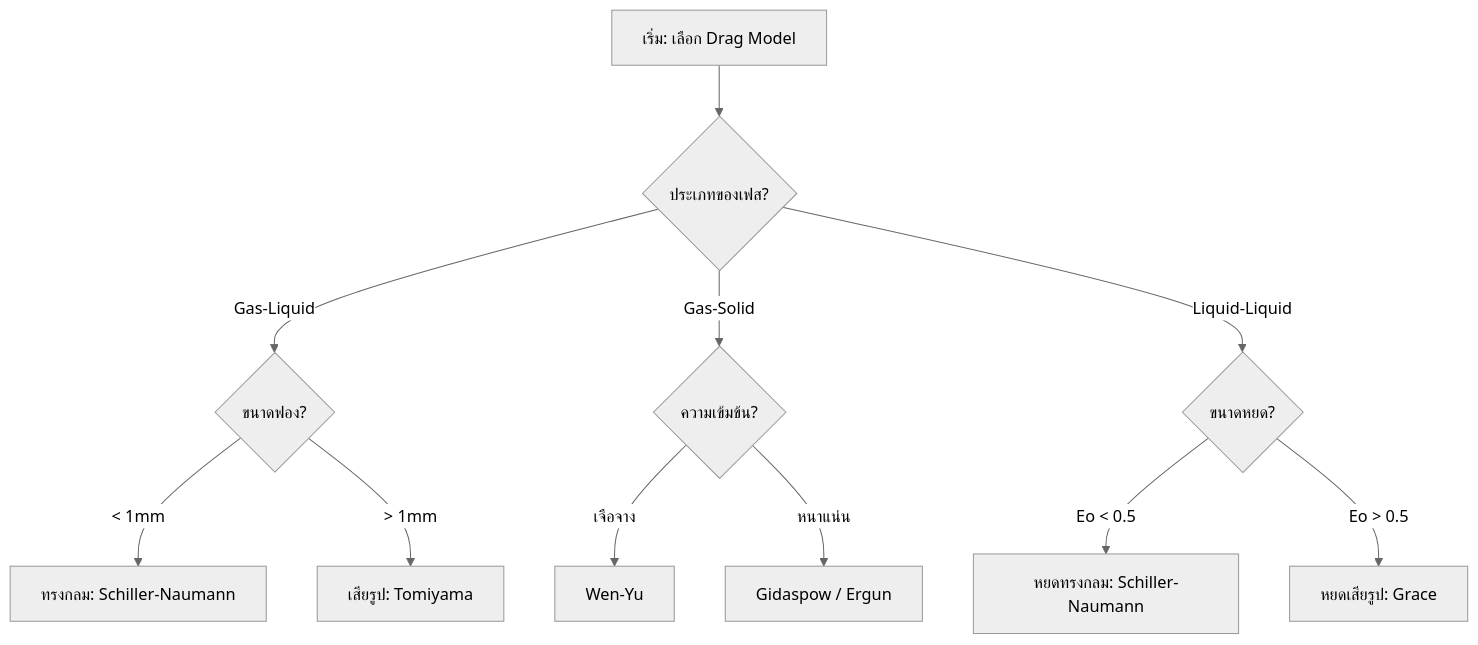
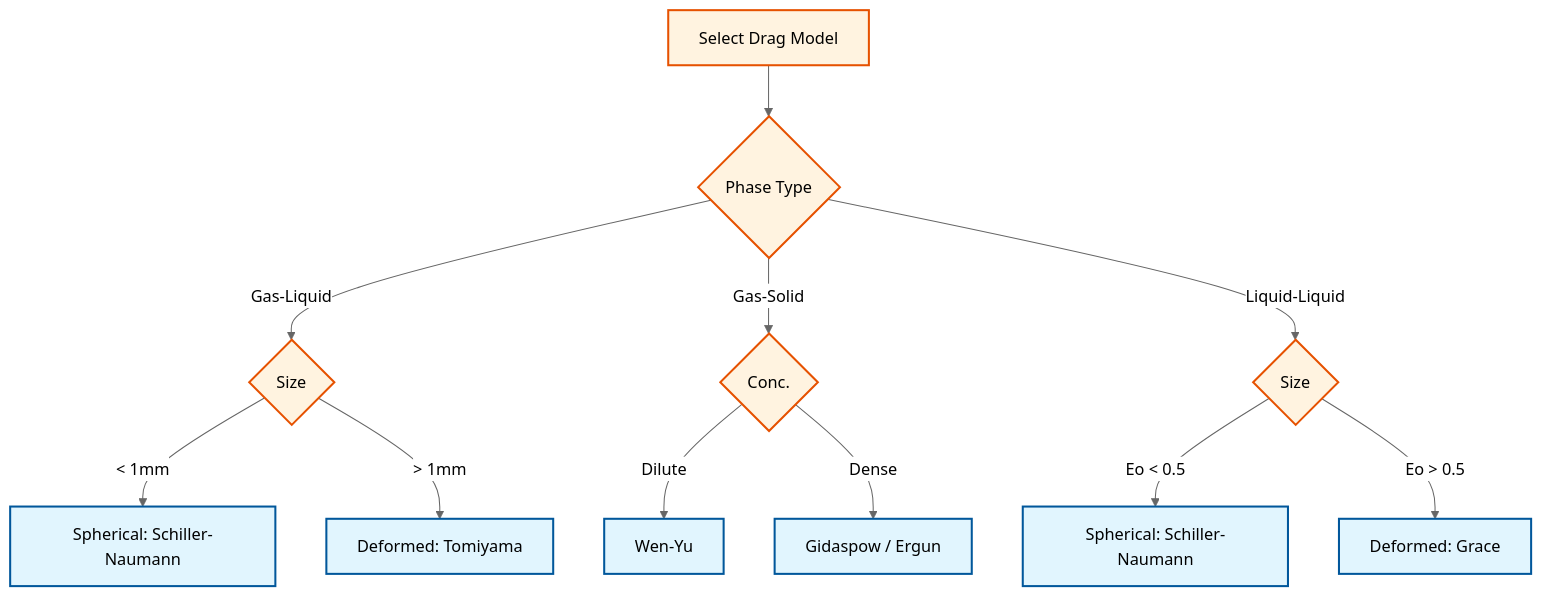
The first of 6 diagrams in MODULE_04_MULTIPHASE_FUNDAMENTALS/CONTENT/08_MODEL_SELECTION/05_Model_Selection_Flowchart.md (wramet/build-my-cfd), drawn with Mermaid (neutral theme) before and after one commit. The commit also changed other lines of this file and 313 other files, not shown here.

Commit message:
Revise all diagram

````diff
--- a/MODULE_04_MULTIPHASE_FUNDAMENTALS/CONTENT/08_MODEL_SELECTION/05_Model_Selection_Flowchart.md
+++ b/MODULE_04_MULTIPHASE_FUNDAMENTALS/CONTENT/08_MODEL_SELECTION/05_Model_Selection_Flowchart.md
@@ -120,17 +120,15 @@
 ```mermaid
 flowchart TD
-    Start[เริ่ม: เลือก Drag Model] --> Phase{ประเภทของเฟส?}
-
-    Phase -->|Gas-Liquid| BubbleSize{ขนาดฟอง?}
-    Phase -->|Gas-Solid| SolidConc{ความเข้มข้น?}
-    Phase -->|Liquid-Liquid| DropSize{ขนาดหยด?}
-
-    BubbleSize -->|< 1mm| SN[ทรงกลม: Schiller-Naumann]
-    BubbleSize -->|> 1mm| Tomiyama[เสียรูป: Tomiyama]
-
-    SolidConc -->|เจือจาง| WY[Wen-Yu]
-    SolidConc -->|หนาแน่น| Gidaspow[Gidaspow / Ergun]
-
-    DropSize -->|Eo < 0.5| SchillerSmall[หยดทรงกลม: Schiller-Naumann]
-    DropSize -->|Eo > 0.5| Grace[หยดเสียรูป: Grace]
+classDef implicit fill:#e1f5fe,stroke:#01579b,stroke-width:2px,color:#000
+classDef explicit fill:#fff3e0,stroke:#e65100,stroke-width:2px,color:#000
+Start[Select Drag Model]:::explicit --> Phase{Phase Type}:::explicit
+Phase -->|Gas-Liquid| BubbleSize{Size}:::explicit
+Phase -->|Gas-Solid| SolidConc{Conc.}:::explicit
+Phase -->|Liquid-Liquid| DropSize{Size}:::explicit
+BubbleSize -->|< 1mm| SN[Spherical: Schiller-Naumann]:::implicit
+BubbleSize -->|> 1mm| Tomiyama[Deformed: Tomiyama]:::implicit
+SolidConc -->|Dilute| WY[Wen-Yu]:::implicit
+SolidConc -->|Dense| Gidaspow[Gidaspow / Ergun]:::implicit
+DropSize -->|Eo < 0.5| SchillerSmall[Spherical: Schiller-Naumann]:::implicit
+DropSize -->|Eo > 0.5| Grace[Deformed: Grace]:::implicit
 ```
````
